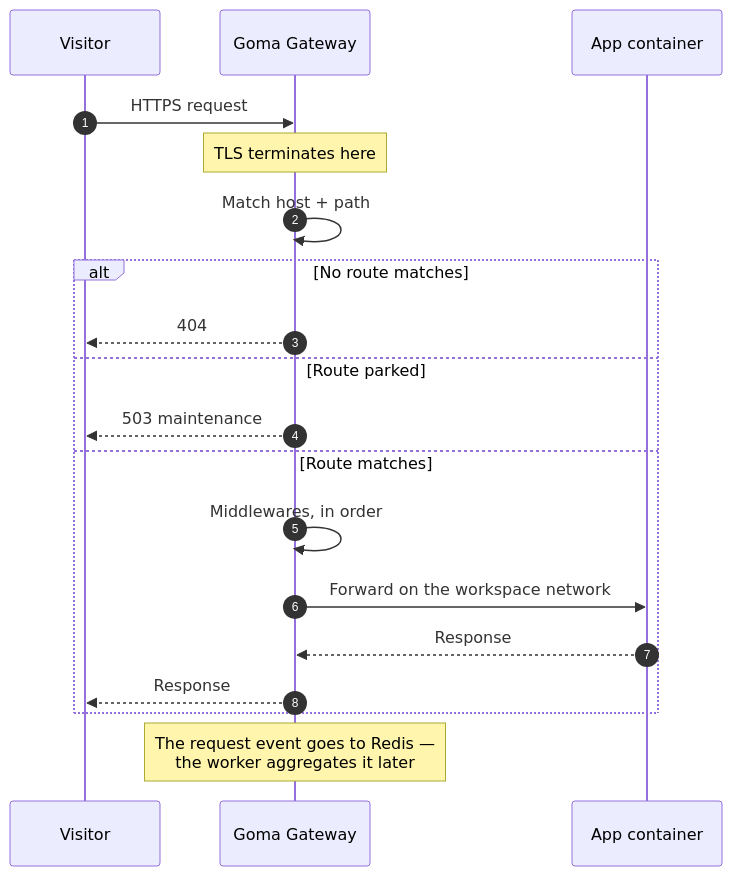
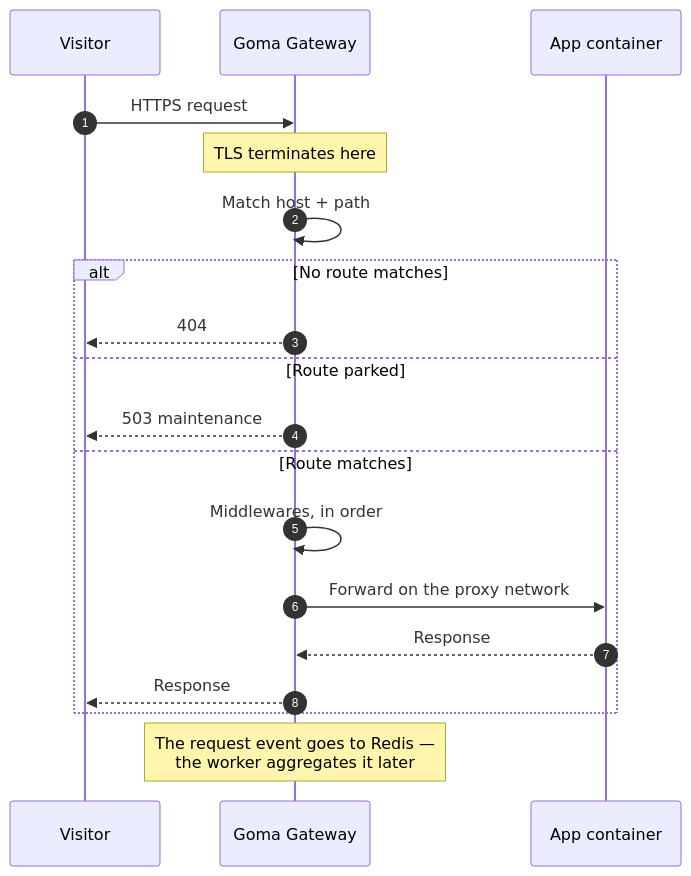
Before and after one commit to miabi-io/docs: the diagram in docs/architecture/request-lifecycle.md, drawn with Mermaid. The commit also changed other lines of this file and 90 other files, not shown here.

````diff
--- a/docs/architecture/request-lifecycle.md
+++ b/docs/architecture/request-lifecycle.md
@@ -12,22 +12,22 @@
 ```mermaid
 sequenceDiagram
     autonumber
     participant V as Visitor
     participant G as Goma Gateway
     participant C as App container
 
     V->>G: HTTPS request
     Note over G: TLS terminates here
     G->>G: Match host + path
     alt No route matches
         G-->>V: 404
     else Route parked
         G-->>V: 503 maintenance
     else Route matches
         G->>G: Middlewares, in order
-        G->>C: Forward on the workspace network
+        G->>C: Forward on the proxy network
         C-->>G: Response
         G-->>V: Response
     end
     Note over G: The request event goes to Redis —<br/>the worker aggregates it later
 ```
````
